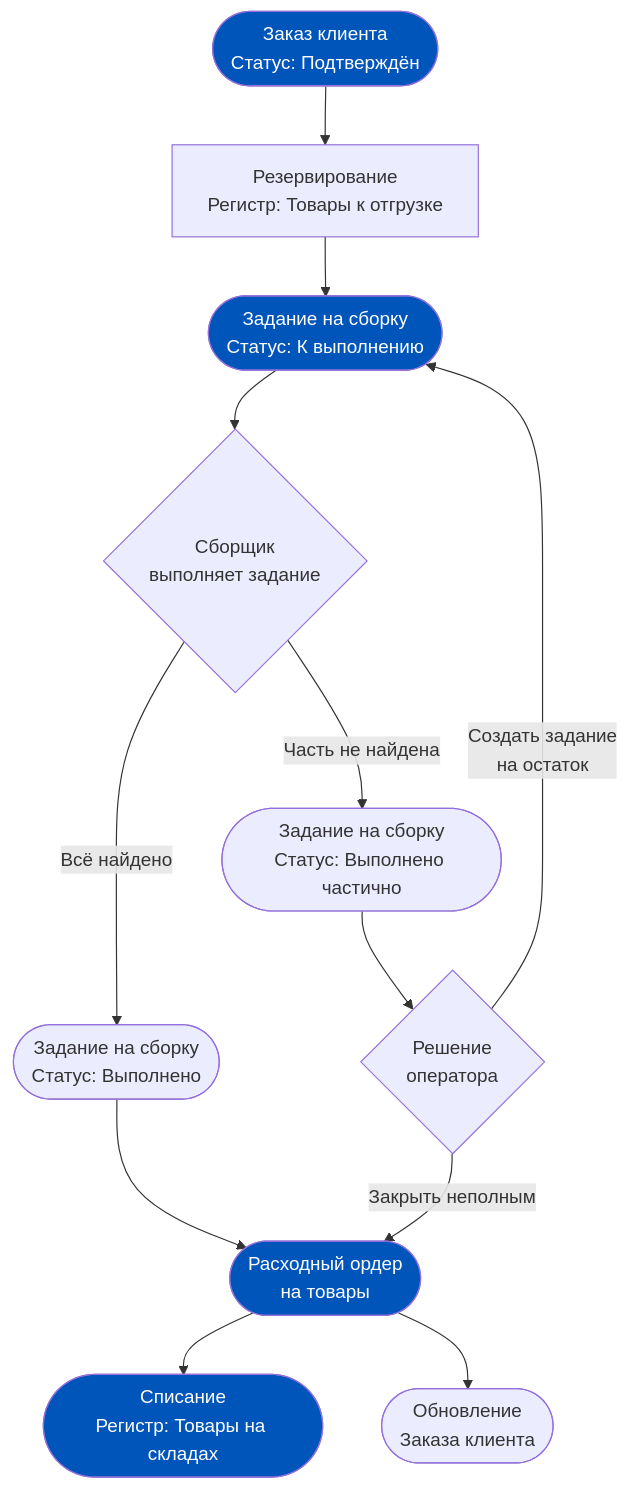
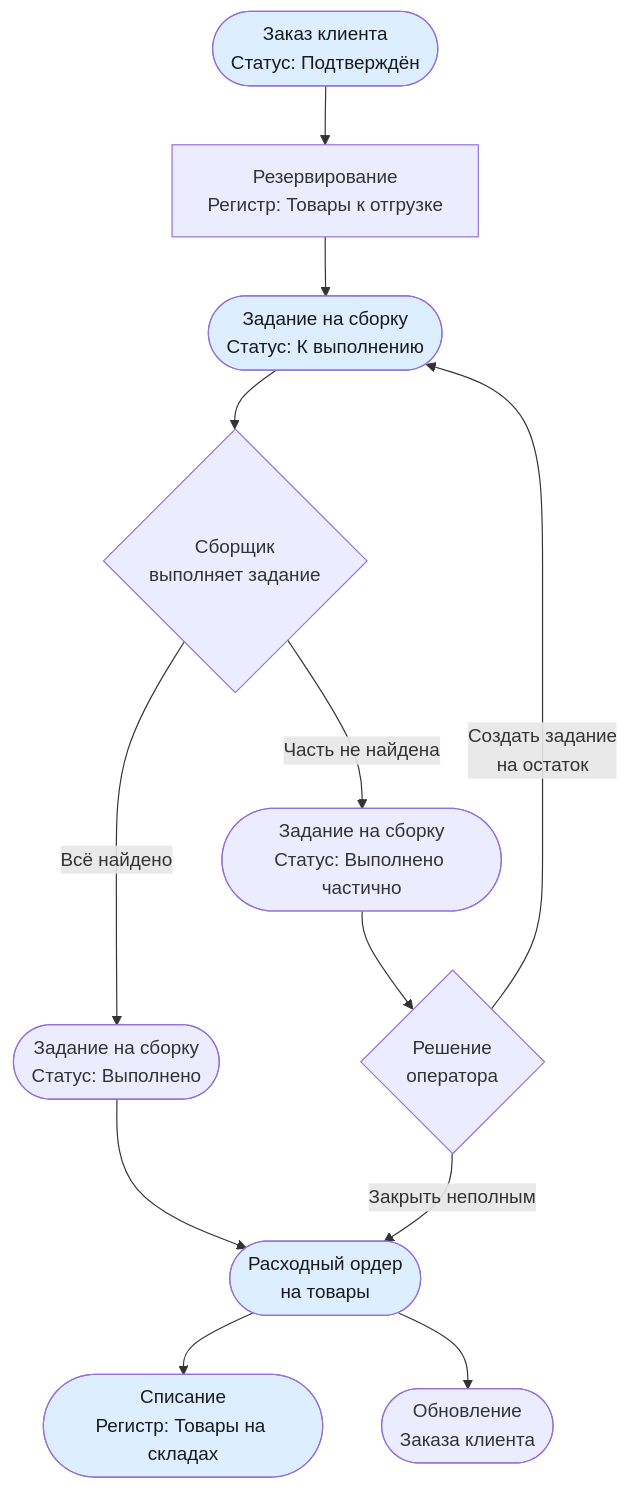
Before and after one commit to murad1986/1c-erp-quartz: the first of 7 diagrams in content/1c-erp/week_6/Неделя 6 - День 3 - Рабочее место сборщика.md, drawn with Mermaid. The commit also changed other lines of this file and 57 other files, not shown here.

First line of the commit message:
fix: Mermaid — пастельные цвета в источниках диаграмм (56 файлов)

````diff
--- a/content/1c-erp/week_6/Неделя 6 - День 3 - Рабочее место сборщика.md
+++ b/content/1c-erp/week_6/Неделя 6 - День 3 - Рабочее место сборщика.md
@@ -64,19 +64,19 @@
 ```mermaid
 flowchart TD
     A([Заказ клиента<br/>Статус: Подтверждён]) --> B[Резервирование<br/>Регистр: Товары к отгрузке]
     B --> C([Задание на сборку<br/>Статус: К выполнению])
     C --> D{Сборщик<br/>выполняет задание}
     D -- "Всё найдено" --> E([Задание на сборку<br/>Статус: Выполнено])
     D -- "Часть не найдена" --> F([Задание на сборку<br/>Статус: Выполнено частично])
     E --> G([Расходный ордер<br/>на товары])
     F --> H{Решение<br/>оператора}
     H -- "Закрыть неполным" --> G
     H -- "Создать задание<br/>на остаток" --> C
     G --> I([Списание<br/>Регистр: Товары на складах])
     G --> J([Обновление<br/>Заказа клиента])
 
-    style A fill:#0055BB,color:#fff
-    style C fill:#0055BB,color:#fff
-    style G fill:#0055BB,color:#fff
-    style I fill:#0055BB,color:#fff
+    style A fill:#dceeff,color:#1a1a1a
+    style C fill:#dceeff,color:#1a1a1a
+    style G fill:#dceeff,color:#1a1a1a
+    style I fill:#dceeff,color:#1a1a1a
 ```
````
